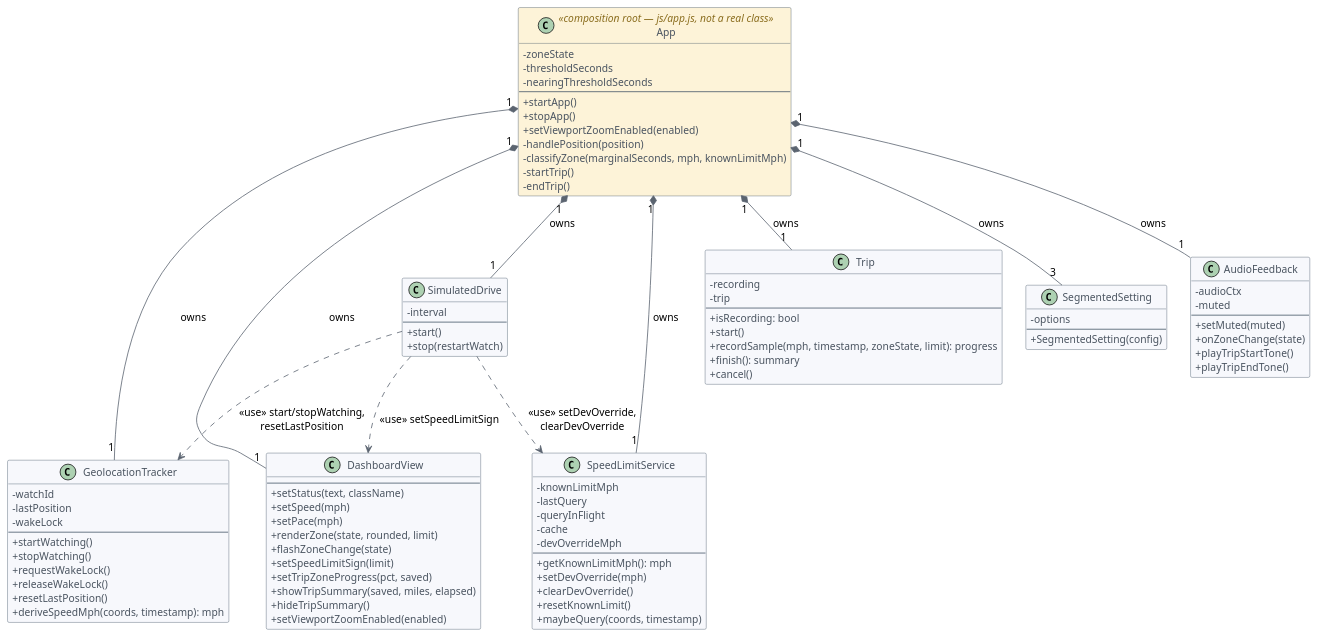
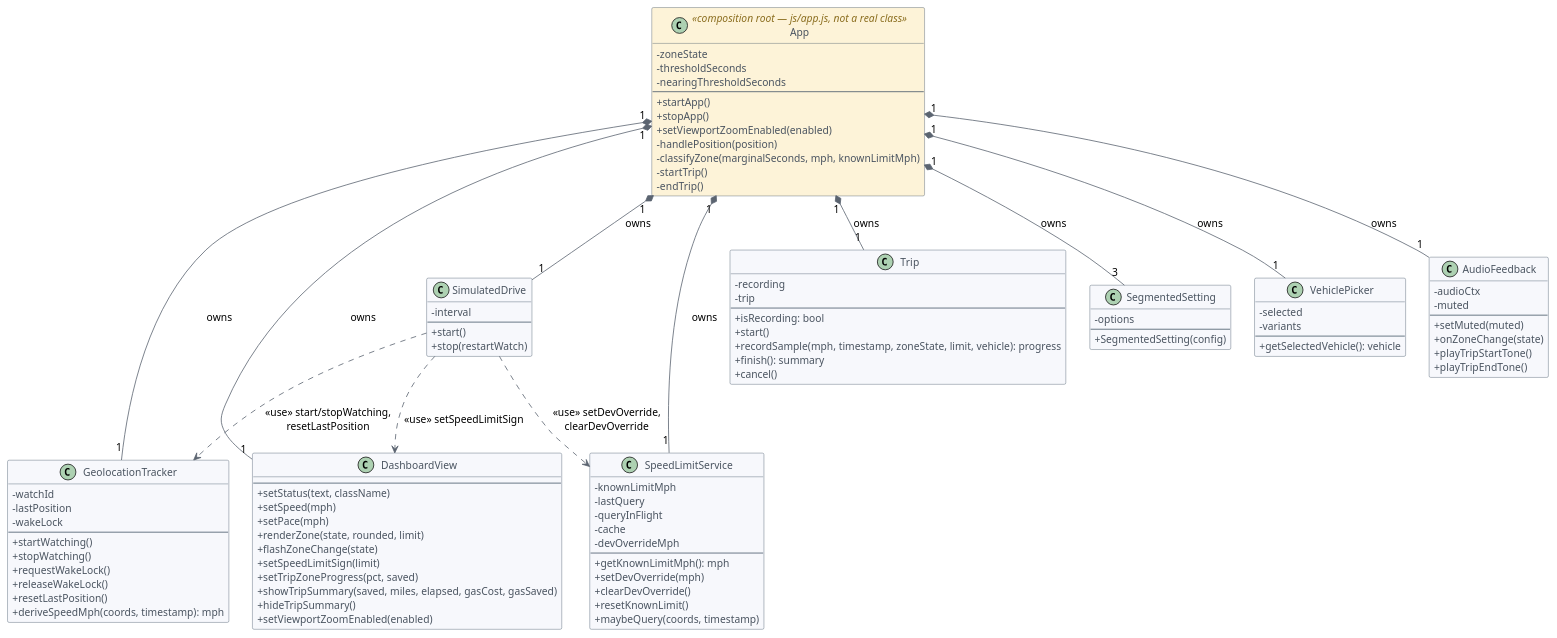
Before and after one commit to ysfrknzydn/paceometer-app: the diagram in docs/diagrams/class-diagram.puml, drawn with PlantUML. The commit also changed 34 other files, not shown here.

Commit message:
Add fuel-efficiency feature: vehicle picker, gas-cost trip summary, weekly data pipeline

```diff
--- a/docs/diagrams/class-diagram.puml
+++ b/docs/diagrams/class-diagram.puml
@@ -1,120 +1,128 @@
 @startuml
 skinparam shadowing false
 skinparam roundCorner 4
 skinparam defaultFontName Helvetica
 skinparam defaultFontSize 13
 skinparam classAttributeIconSize 0
 skinparam nodesep 30
 skinparam ranksep 50
 
 skinparam class {
   BorderColor #445566
   BackgroundColor #F7F8FC
   ArrowColor #5B6470
   FontColor #2A3540
   AttributeFontColor #4A5460
   StereotypeFontColor #8A6D1E
 }
 
 class App <<composition root — js/app.js, not a real class>> #FDF3D8 {
   - zoneState
   - thresholdSeconds
   - nearingThresholdSeconds
   --
   + startApp()
   + stopApp()
   + setViewportZoomEnabled(enabled)
   - handlePosition(position)
   - classifyZone(marginalSeconds, mph, knownLimitMph)
   - startTrip()
   - endTrip()
 }
 
 class GeolocationTracker {
   - watchId
   - lastPosition
   - wakeLock
   --
   + startWatching()
   + stopWatching()
   + requestWakeLock()
   + releaseWakeLock()
   + resetLastPosition()
   + deriveSpeedMph(coords, timestamp): mph
 }
 
 class SpeedLimitService {
   - knownLimitMph
   - lastQuery
   - queryInFlight
   - cache
   - devOverrideMph
   --
   + getKnownLimitMph(): mph
   + setDevOverride(mph)
   + clearDevOverride()
   + resetKnownLimit()
   + maybeQuery(coords, timestamp)
 }
 
 class Trip {
   - recording
   - trip
   --
   + isRecording: bool
   + start()
-  + recordSample(mph, timestamp, zoneState, limit): progress
+  + recordSample(mph, timestamp, zoneState, limit, vehicle): progress
   + finish(): summary
   + cancel()
 }
 
 class DashboardView {
   --
   + setStatus(text, className)
   + setSpeed(mph)
   + setPace(mph)
   + renderZone(state, rounded, limit)
   + flashZoneChange(state)
   + setSpeedLimitSign(limit)
   + setTripZoneProgress(pct, saved)
-  + showTripSummary(saved, miles, elapsed)
+  + showTripSummary(saved, miles, elapsed, gasCost, gasSaved)
   + hideTripSummary()
   + setViewportZoomEnabled(enabled)
 }
 
 class SegmentedSetting {
   - options
   --
   + SegmentedSetting(config)
+}
+
+class VehiclePicker {
+  - selected
+  - variants
+  --
+  + getSelectedVehicle(): vehicle
 }
 
 class AudioFeedback {
   - audioCtx
   - muted
   --
   + setMuted(muted)
   + onZoneChange(state)
   + playTripStartTone()
   + playTripEndTone()
 }
 
 class SimulatedDrive {
   - interval
   --
   + start()
   + stop(restartWatch)
 }
 
 App "1" *-down- "1" GeolocationTracker : owns
 App "1" *-down- "1" SpeedLimitService : owns
 App "1" *-down- "1" Trip : owns
 App "1" *-down- "1" DashboardView : owns
 App "1" *-down- "3" SegmentedSetting : owns
+App "1" *-down- "1" VehiclePicker : owns
 App "1" *-down- "1" AudioFeedback : owns
 App "1" *-down- "1" SimulatedDrive : owns
 
 SimulatedDrive ..> GeolocationTracker : «use» start/stopWatching,\nresetLastPosition
 SimulatedDrive ..> SpeedLimitService : «use» setDevOverride,\nclearDevOverride
 SimulatedDrive ..> DashboardView : «use» setSpeedLimitSign
 
 @enduml
```
